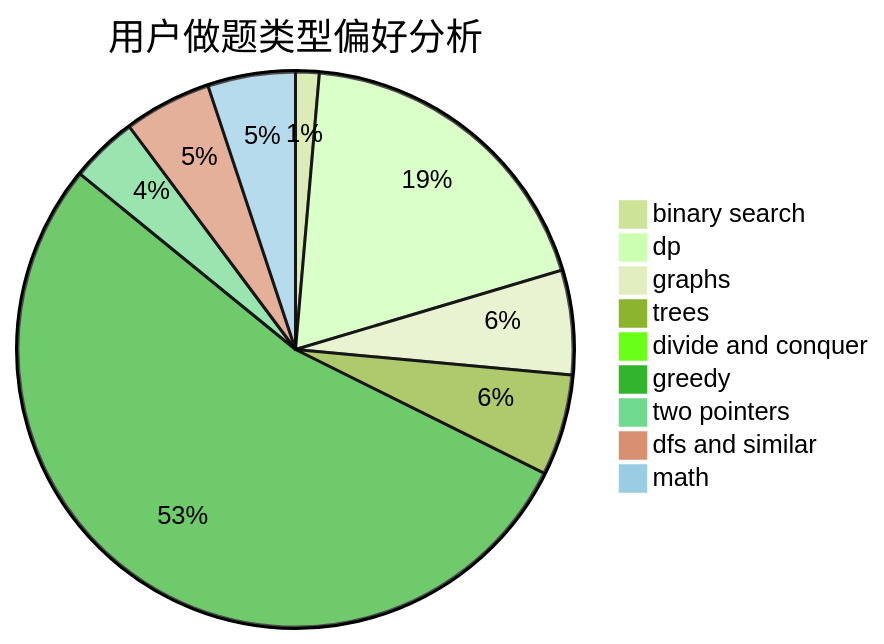
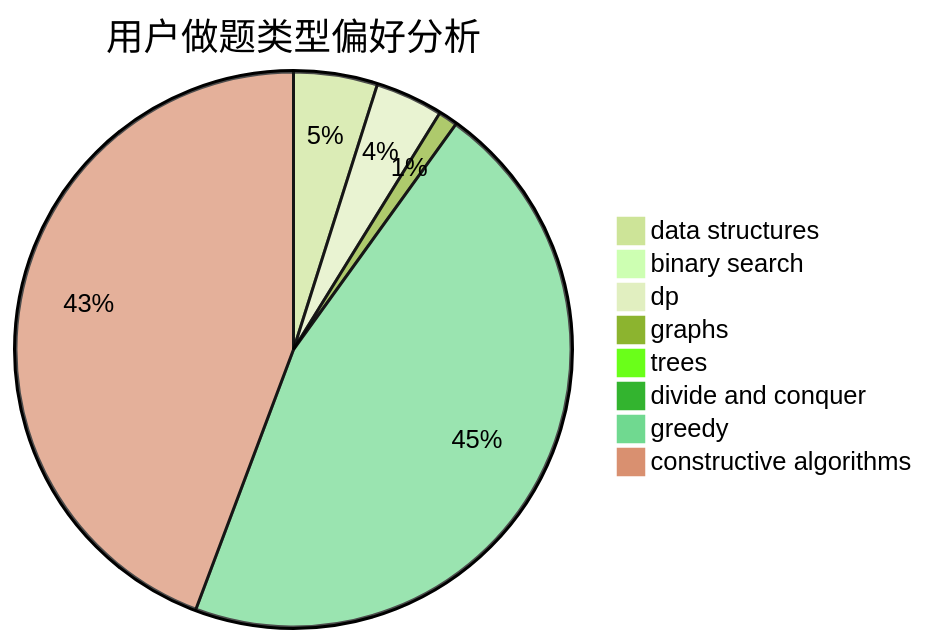
Before and after one commit to sherpahu/cfrs.github.io: the second of 3 diagrams in docs/user/u1870.md, drawn with Mermaid (forest theme). The commit also changed other lines of this file and 2775 other files, not shown here.

````diff
--- a/docs/user/u1870.md
+++ b/docs/user/u1870.md
@@ -23,12 +23,11 @@
 ```mermaid
 pie title 用户做题类型偏好分析
-    "binary search" :  7
-    "dp" :  97
-    "graphs" :  31
-    "trees" :  30
+    "data structures" :  26
+    "binary search" :  3
+    "dp" :  21
+    "graphs" :  6
+    "trees" :  4
     "divide and conquer" :  4
-    "greedy" :  273
-    "two pointers" :  20
-    "dfs and similar" :  26
-    "math" :  26
+    "greedy" :  244
+    "constructive algorithms" :  236
 ```
````
